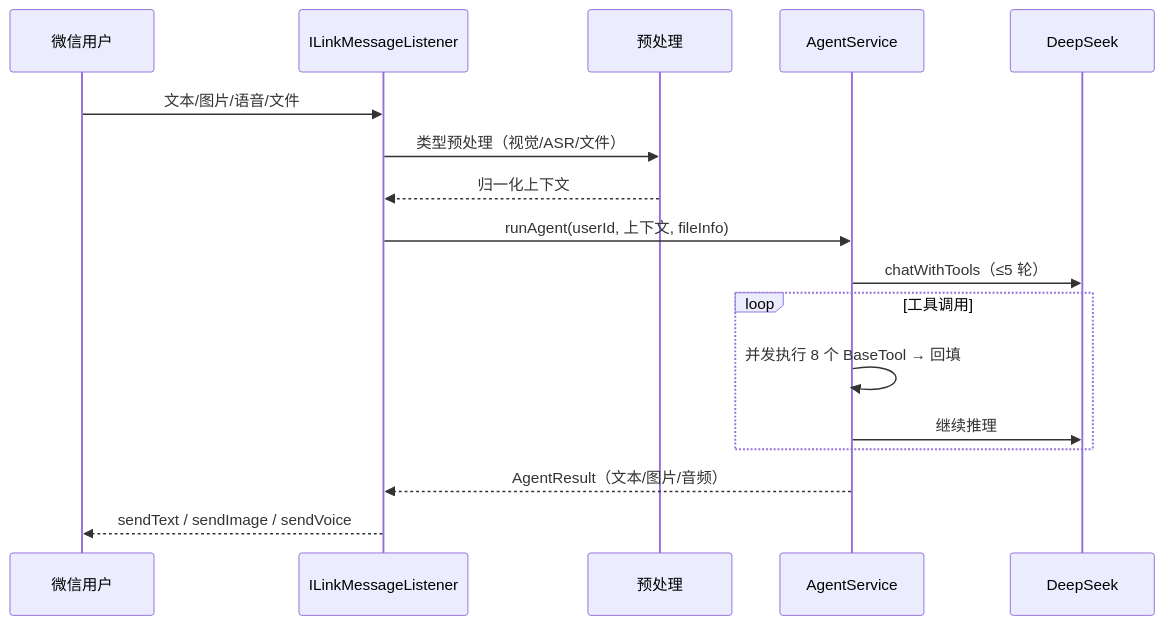
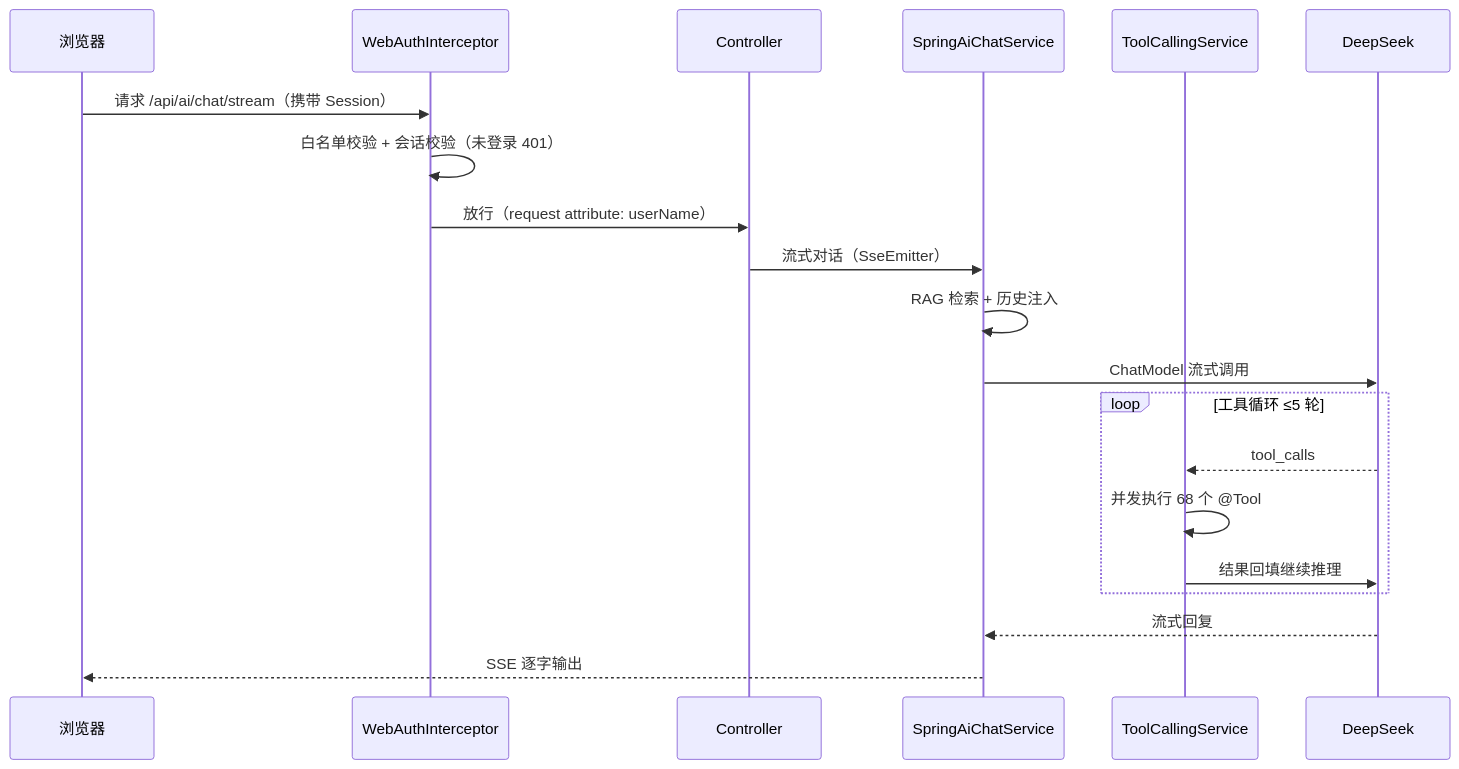
The second of 2 diagrams in 落地文档/项目知识文档.md (8750shuangyue/WECHATILINK), drawn with Mermaid before and after one commit. The commit also changed other lines of this file and 14 other files, not shown here.

Commit message:
docs: update 落地文档 to Web-only architecture (remove WeChat, 68 tools, auth design, new diagrams)

````diff
--- a/落地文档/项目知识文档.md
+++ b/落地文档/项目知识文档.md
@@ -139,19 +143,23 @@
 ```mermaid
 sequenceDiagram
-    participant U as 微信用户
-    participant L as ILinkMessageListener
-    participant P as 预处理
-    participant A as AgentService
+    participant U as 浏览器
+    participant I as WebAuthInterceptor
+    participant C as Controller
+    participant S as SpringAiChatService
+    participant T as ToolCallingService
     participant D as DeepSeek
-    U->>L: 文本/图片/语音/文件
-    L->>P: 类型预处理（视觉/ASR/文件）
-    P-->>L: 归一化上下文
-    L->>A: runAgent(userId, 上下文, fileInfo)
-    A->>D: chatWithTools（≤5 轮）
-    loop 工具调用
-        A->>A: 并发执行 8 个 BaseTool → 回填
-        A->>D: 继续推理
+
+    U->>I: 请求 /api/ai/chat/stream（携带 Session）
+    I->>I: 白名单校验 + 会话校验（未登录 401）
+    I->>C: 放行（request attribute: userName）
+    C->>S: 流式对话（SseEmitter）
+    S->>S: RAG 检索 + 历史注入
+    S->>D: ChatModel 流式调用
+    loop 工具循环 ≤5 轮
+        D-->>T: tool_calls
+        T->>T: 并发执行 68 个 @Tool
+        T->>D: 结果回填继续推理
     end
-    A-->>L: AgentResult（文本/图片/音频）
-    L-->>U: sendText / sendImage / sendVoice
+    D-->>S: 流式回复
+    S-->>U: SSE 逐字输出
 ```
````
